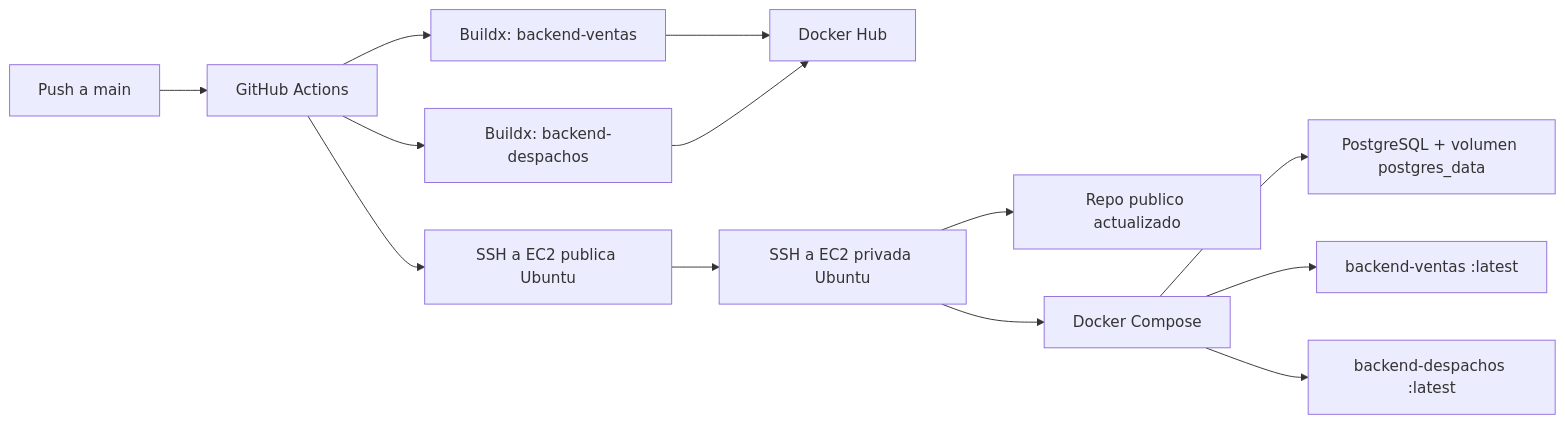
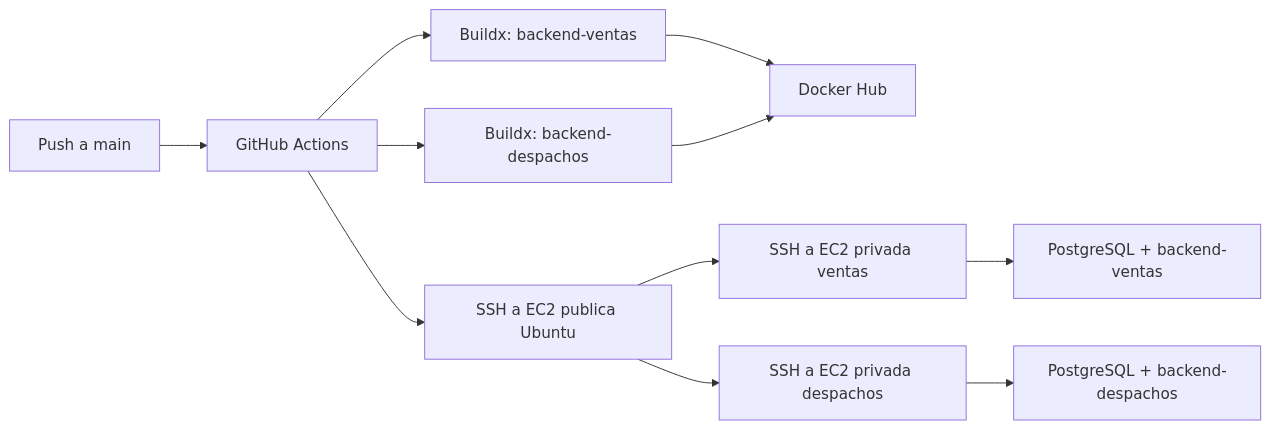
One commit to MartRomeros/devops_backend changed the diagram in .codex/specs/mejorar-cicd/design.md. Above: the diagram before and after it, drawn with Mermaid. The commit also changed other lines of this file and 4 other files, not shown here.

````diff
--- a/.codex/specs/mejorar-cicd/design.md
+++ b/.codex/specs/mejorar-cicd/design.md
@@ -21,15 +21,13 @@
 ```mermaid
 flowchart LR
   A["Push a main"] --> B["GitHub Actions"]
   B --> C["Buildx: backend-ventas"]
   B --> D["Buildx: backend-despachos"]
   C --> E["Docker Hub"]
   D --> E
   B --> F["SSH a EC2 publica Ubuntu"]
-  F --> G["SSH a EC2 privada Ubuntu"]
-  G --> H["Repo publico actualizado"]
-  G --> I["Docker Compose"]
-  I --> J["PostgreSQL + volumen postgres_data"]
-  I --> K["backend-ventas :latest"]
-  I --> L["backend-despachos :latest"]
+  F --> G["SSH a EC2 privada ventas"]
+  F --> H["SSH a EC2 privada despachos"]
+  G --> I["PostgreSQL + backend-ventas"]
+  H --> J["PostgreSQL + backend-despachos"]
 ```
````
